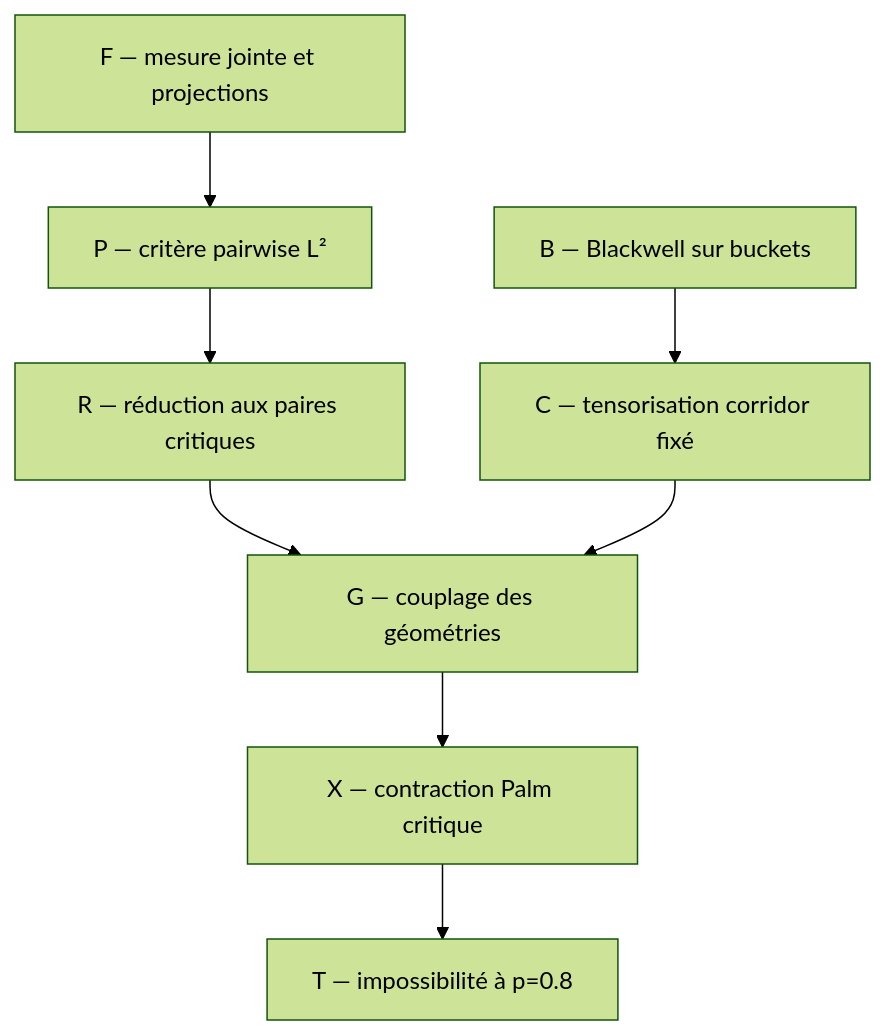
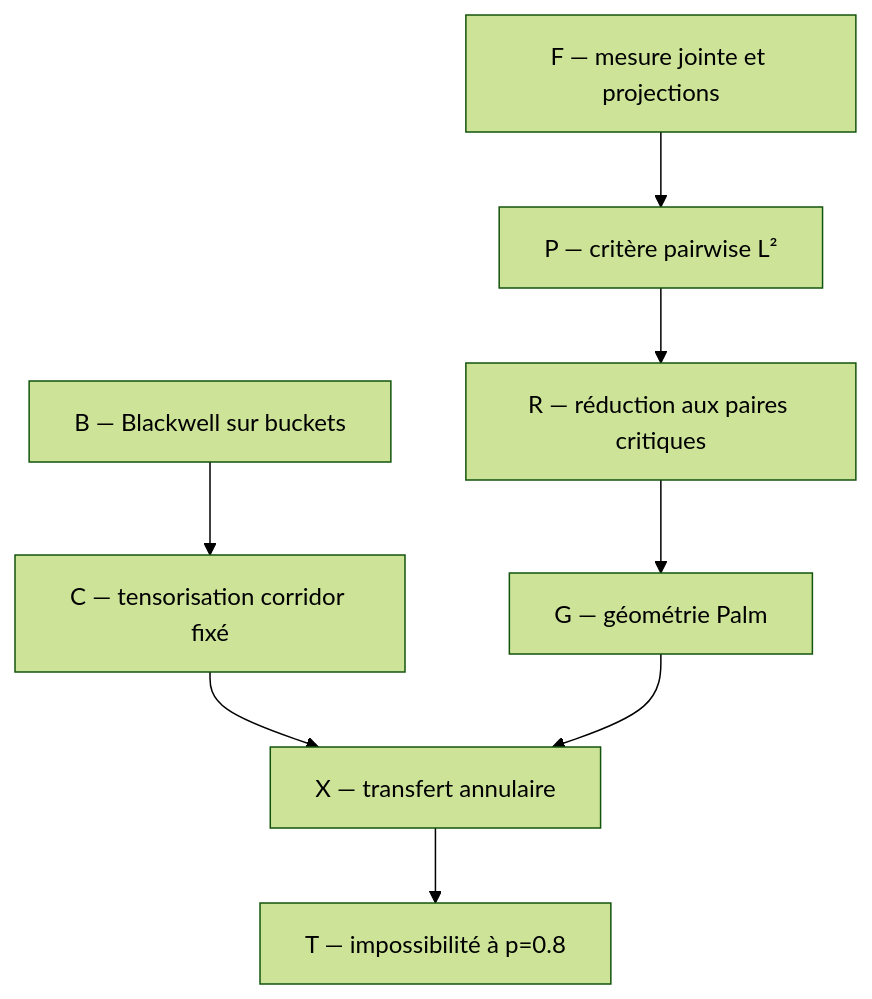
One commit to Ludwig-H/Presentation-MathNet-2026-06-15 changed the diagram in research/hierarchical-swendsen-wang/05_PROOF_ROADMAP.md. Above: the diagram before and after it, drawn with Mermaid (forest theme). The commit also changed other lines of this file and 4 other files, not shown here.

````diff
--- a/research/hierarchical-swendsen-wang/05_PROOF_ROADMAP.md
+++ b/research/hierarchical-swendsen-wang/05_PROOF_ROADMAP.md
@@ -31,10 +32,10 @@
 ```mermaid
 flowchart TD
     F["F — mesure jointe et projections"] --> P["P — critère pairwise L²"]
     P --> R["R — réduction aux paires critiques"]
     B["B — Blackwell sur buckets"] --> C["C — tensorisation corridor fixé"]
-    R --> G["G — couplage des géométries"]
-    C --> G
-    G --> X["X — contraction Palm critique"]
+    R --> G["G — géométrie Palm"]
+    C --> X["X — transfert annulaire"]
+    G --> X
     X --> T["T — impossibilité à p=0.8"]
 ```
````
